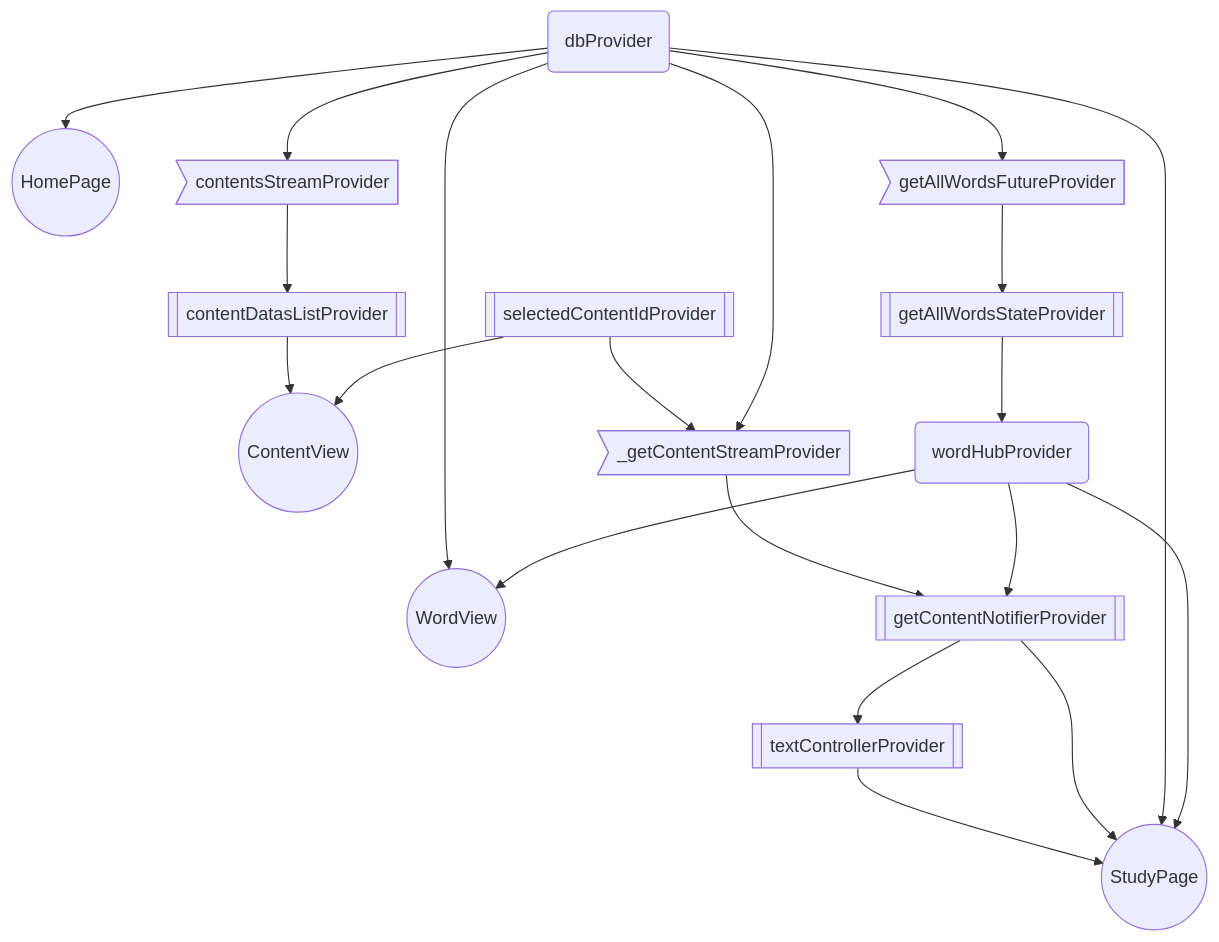
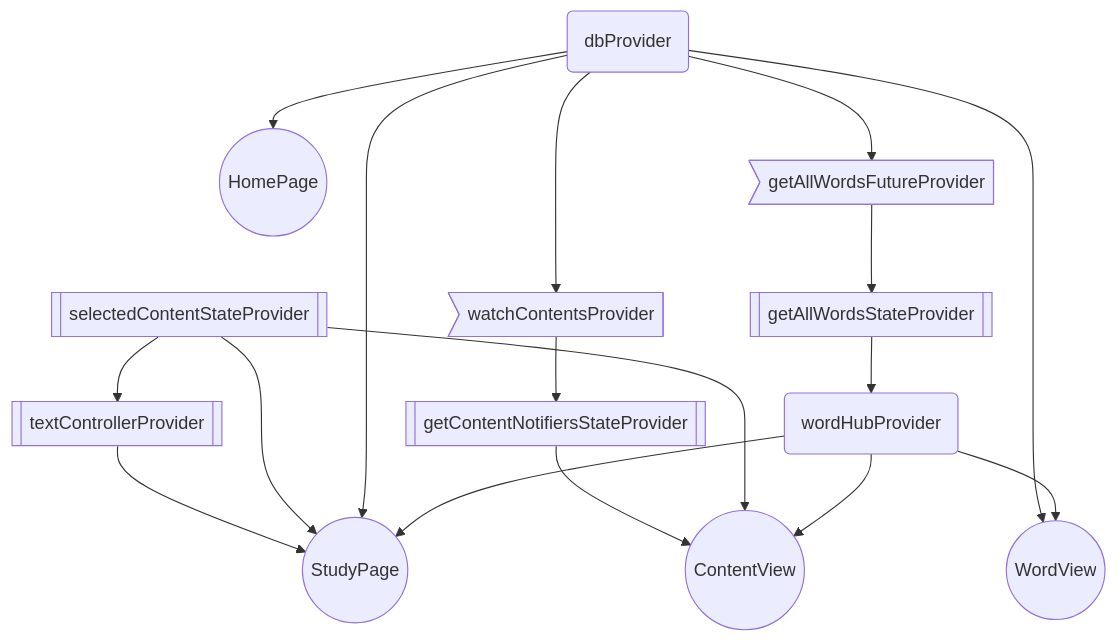
The diagram in riverpod_diagram.md (hpn33/landlearn), drawn with Mermaid before and after one commit. The commit also changed 12 other files, not shown here.

````diff
--- a/riverpod_diagram.md
+++ b/riverpod_diagram.md
@@ -2,42 +2,37 @@
 ```mermaid
 graph TD;
 
 
+10(dbProvider) --> 2((HomePage)) ;
 
-10(dbProvider) --> 3((HomePage)) ;
 
 9(wordHubProvider) --> 4((StudyPage)) ;
 10(dbProvider) --> 4((StudyPage)) ;
-13[[getContentNotifierProvider]] --> 4((StudyPage)) ;
-14[[textControllerProvider]] --> 4((StudyPage)) ;
+11[[selectedContentStateProvider]] --> 4((StudyPage)) ;
+12[[textControllerProvider]] --> 4((StudyPage)) ;
 
 
 
 9(wordHubProvider) --> 7((WordView)) ;
 10(dbProvider) --> 7((WordView)) ;
 
-11[[selectedContentIdProvider]] --> 8((ContentView)) ;
-16[[contentDatasListProvider]] --> 8((ContentView)) ;
+9(wordHubProvider) --> 8((ContentView)) ;
+11[[selectedContentStateProvider]] --> 8((ContentView)) ;
+14[[getContentNotifiersStateProvider]] --> 8((ContentView)) ;
 
-18[[getAllWordsStateProvider]] --> 9(wordHubProvider) ;
+16[[getAllWordsStateProvider]] --> 9(wordHubProvider) ;
 
 
 
-10(dbProvider) --> 12>_getContentStreamProvider] ;
-11[[selectedContentIdProvider]] --> 12>_getContentStreamProvider] ;
+11[[selectedContentStateProvider]] --> 12[[textControllerProvider]] ;
 
-9(wordHubProvider) --> 13[[getContentNotifierProvider]] ;
-12>_getContentStreamProvider] --> 13[[getContentNotifierProvider]] ;
+10(dbProvider) --> 13>watchContentsProvider] ;
 
-13[[getContentNotifierProvider]] --> 14[[textControllerProvider]] ;
+13>watchContentsProvider] --> 14[[getContentNotifiersStateProvider]] ;
 
-10(dbProvider) --> 15>contentsStreamProvider] ;
+10(dbProvider) --> 15>getAllWordsFutureProvider] ;
 
-15>contentsStreamProvider] --> 16[[contentDatasListProvider]] ;
-
-10(dbProvider) --> 17>getAllWordsFutureProvider] ;
-
-17>getAllWordsFutureProvider] --> 18[[getAllWordsStateProvider]] ;
+15>getAllWordsFutureProvider] --> 16[[getAllWordsStateProvider]] ;
 
 
 ```
````
